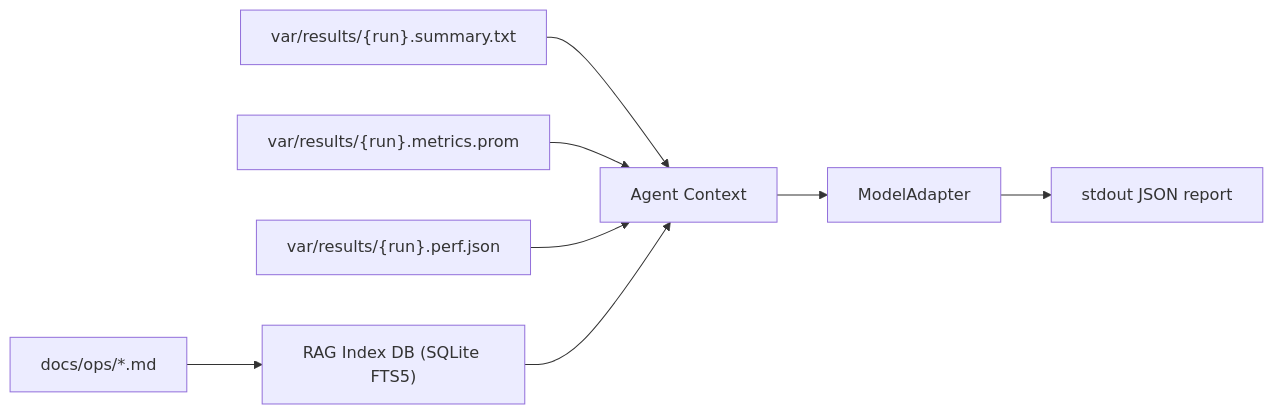
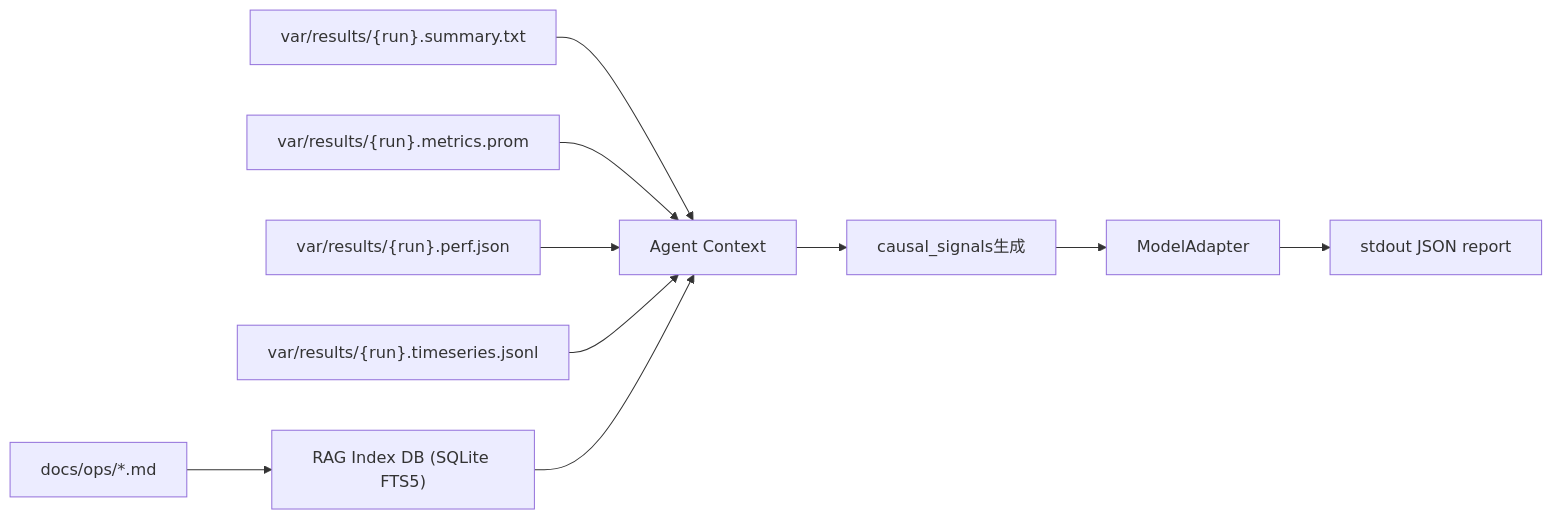
Before and after one commit to wsmaking/event-switchyard: the third of 3 diagrams in docs/ops/ai_impl_structure_map.md, drawn with Mermaid. The commit also changed other lines of this file and 3 other files, not shown here.

````diff
--- a/docs/ops/ai_impl_structure_map.md
+++ b/docs/ops/ai_impl_structure_map.md
@@ -70,10 +79,12 @@
 ```mermaid
 flowchart LR
   A["docs/ops/*.md"] --> B["RAG Index DB (SQLite FTS5)"]
   C["var/results/{run}.summary.txt"] --> D["Agent Context"]
   E["var/results/{run}.metrics.prom"] --> D
   F["var/results/{run}.perf.json"] --> D
+  G["var/results/{run}.timeseries.jsonl"] --> D
   B --> D
-  D --> G["ModelAdapter"]
-  G --> H["stdout JSON report"]
+  D --> H["causal_signals生成"]
+  H --> I["ModelAdapter"]
+  I --> J["stdout JSON report"]
 ```
````
